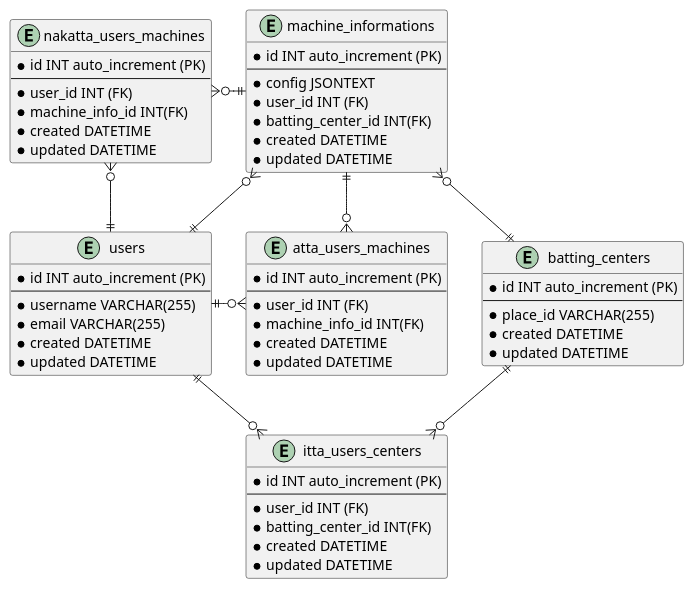
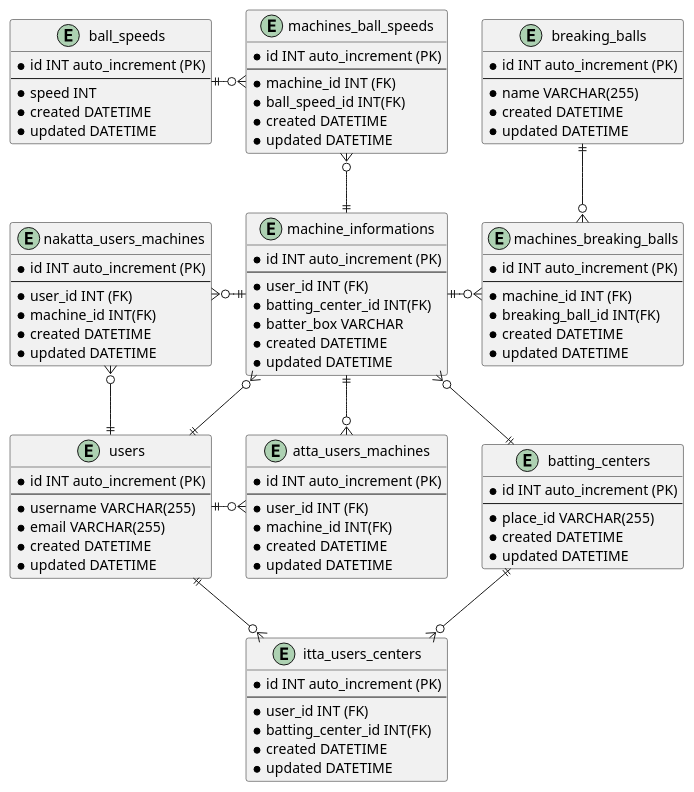
The diagram in doc/tables.pu (pdapsuke/excellent), drawn with PlantUML before and after one commit. The commit also changed 5 other files, not shown here.

```diff
--- a/doc/tables.pu
+++ b/doc/tables.pu
@@ -1,65 +1,103 @@
 @startuml excellent_tables
 entity users {
   * id INT auto_increment (PK)
   ---
   * username VARCHAR(255)
   * email VARCHAR(255)
   * created DATETIME
   * updated DATETIME
 }
 
 entity batting_centers {
   * id INT auto_increment (PK)
   --
 	* place_id VARCHAR(255)
   * created DATETIME
   * updated DATETIME
 }
 
 entity machine_informations {
   * id INT auto_increment (PK)
   --
-  * config JSONTEXT
   * user_id INT (FK)
 	* batting_center_id INT(FK)
+  * batter_box VARCHAR
+  * created DATETIME
+  * updated DATETIME
+}
+
+entity breaking_balls {
+  * id INT auto_increment (PK)
+  --
+  * name VARCHAR(255)
+  * created DATETIME
+  * updated DATETIME
+}
+
+entity ball_speeds {
+  * id INT auto_increment (PK)
+  --
+  * speed INT
   * created DATETIME
   * updated DATETIME
 }
 
 entity itta_users_centers {
   * id INT auto_increment (PK)
   --
 	* user_id INT (FK)
 	* batting_center_id INT(FK)
   * created DATETIME
   * updated DATETIME
 }
 
 entity atta_users_machines {
   * id INT auto_increment (PK)
   --
 	* user_id INT (FK)
-	* machine_info_id INT(FK)
+	* machine_id INT(FK)
   * created DATETIME
   * updated DATETIME
 }
 
 entity nakatta_users_machines {
   * id INT auto_increment (PK)
   --
 	* user_id INT (FK)
-	* machine_info_id INT(FK)
+	* machine_id INT(FK)
+  * created DATETIME
+  * updated DATETIME
+}
+
+entity machines_breaking_balls {
+  * id INT auto_increment (PK)
+  --
+	* machine_id INT (FK)
+	* breaking_ball_id INT(FK)
+  * created DATETIME
+  * updated DATETIME
+}
+
+entity machines_ball_speeds {
+  * id INT auto_increment (PK)
+  --
+	* machine_id INT (FK)
+	* ball_speed_id INT(FK)
   * created DATETIME
   * updated DATETIME
 }
 
 machine_informations }o--|| users
 machine_informations }o--|| batting_centers
 machine_informations ||--o{ atta_users_machines
+machine_informations ||-r-o{ machines_breaking_balls
+machine_informations ||-u-o{ machines_ball_speeds
+breaking_balls ||--o{ machines_breaking_balls
+ball_speeds ||-r-o{ machines_ball_speeds
 users ||--o{ itta_users_centers
 batting_centers ||--o{ itta_users_centers
 users ||-r-o{ atta_users_machines
 users ||--o{ nakatta_users_machines
 machine_informations ||-l-o{ nakatta_users_machines
 
 @enduml
```
